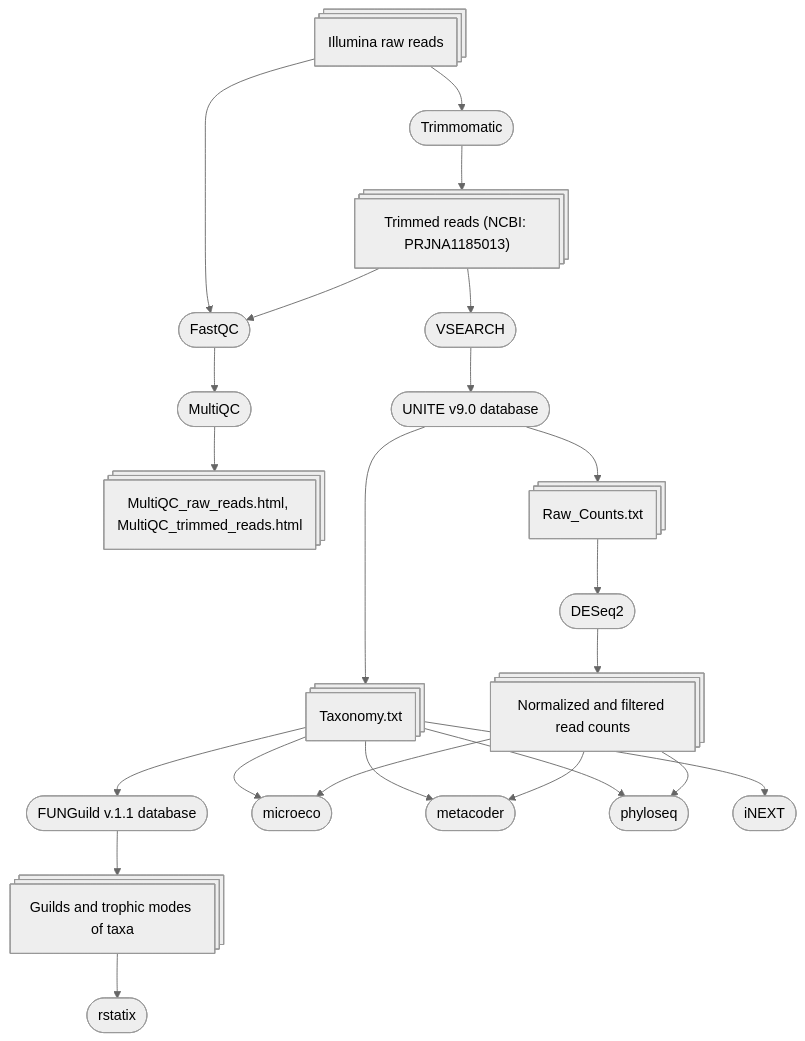
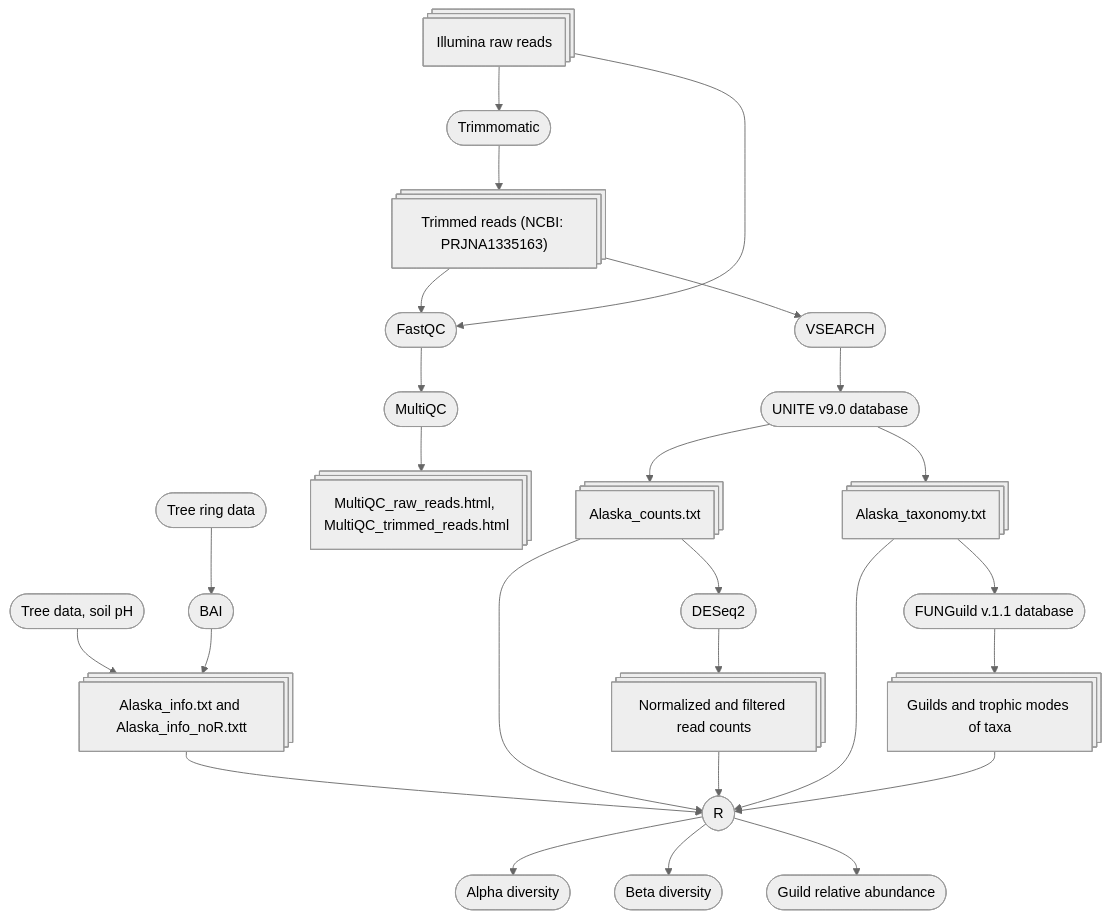
Before and after one commit to kuprinak/Picea_glauca_ITS2: the diagram in README.md, drawn with Mermaid (neutral theme).

````diff
--- a/README.md
+++ b/README.md
@@ -10,26 +10,27 @@
 ```mermaid
 flowchart TB
-    A@{shape: procs, label: "Illumina raw reads"} --> B([Trimmomatic]);
+
+Tree_data2([Tree data, soil pH]) --> Sam_inf@{shape: procs, label: "Alaska_info.txt and Alaska_info_noR.txtt"};
+Tree_data([Tree ring data]) --> BAI([BAI]) --> Sam_inf
+
+Sam_inf --> R([R])
+
+ A@{shape: procs, label: "Illumina raw reads"} --> B([Trimmomatic]);
     A --> Fa;
     Fa --> Mu([MultiQC]);
-    B --> C@{shape: procs, label: "Trimmed reads (NCBI: PRJNA1185013)"};
+    B --> C@{shape: procs, label: "Trimmed reads (NCBI: PRJNA1335163)"};
     C --> Fa([FastQC]);
     Mu --> Mur@{shape: procs, label: "MultiQC_raw_reads.html, MultiQC_trimmed_reads.html"}; 
     C --> V([VSEARCH]);
     V --> T([UNITE v9.0 database]);
-    T --> CV@{shape: procs, label: "Raw_Counts.txt"};
-    T --> Ta@{shape: procs, label: "Taxonomy.txt"};
+    T --> CV@{shape: procs, label: "Alaska_counts.txt"} --> R([R])
+    T --> Ta@{shape: procs, label: "Alaska_taxonomy.txt"} --> R([R])
     Ta --> F([FUNGuild v.1.1 database]);
-    F --> Gu@{shape: procs, label: "Guilds and trophic modes of taxa"};
-    Gu --> rs([rstatix])
+    F --> Gu@{shape: procs, label: "Guilds and trophic modes of taxa"} --> R([R])
     CV --> D([DESeq2]);
-    D --> N@{shape: procs, label: "Normalized and filtered read counts"};
-    Ta --> Mi;
-    Ta --> Me
-    Ta --> Ph
-    N --> Ph([phyloseq])
-     N --> Mi([microeco])
-    N --> Me([metacoder])
-    Ta --> iN([iNEXT]);
+    D --> N@{shape: procs, label: "Normalized and filtered read counts"} --> R([R])
+    R([R]) --> alpha([Alpha diversity])
+    R([R]) --> beta([Beta diversity])
+    R([R]) --> Guild([Guild relative abundance])
 
 ```
````
